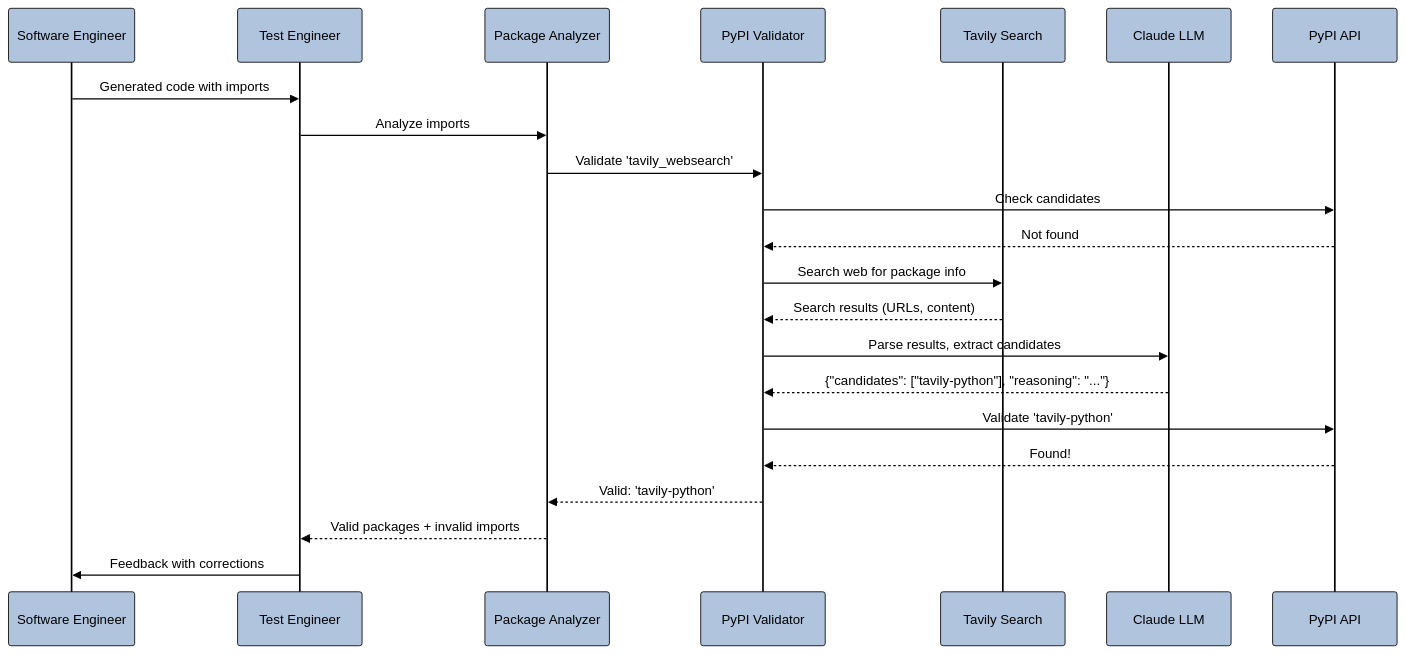
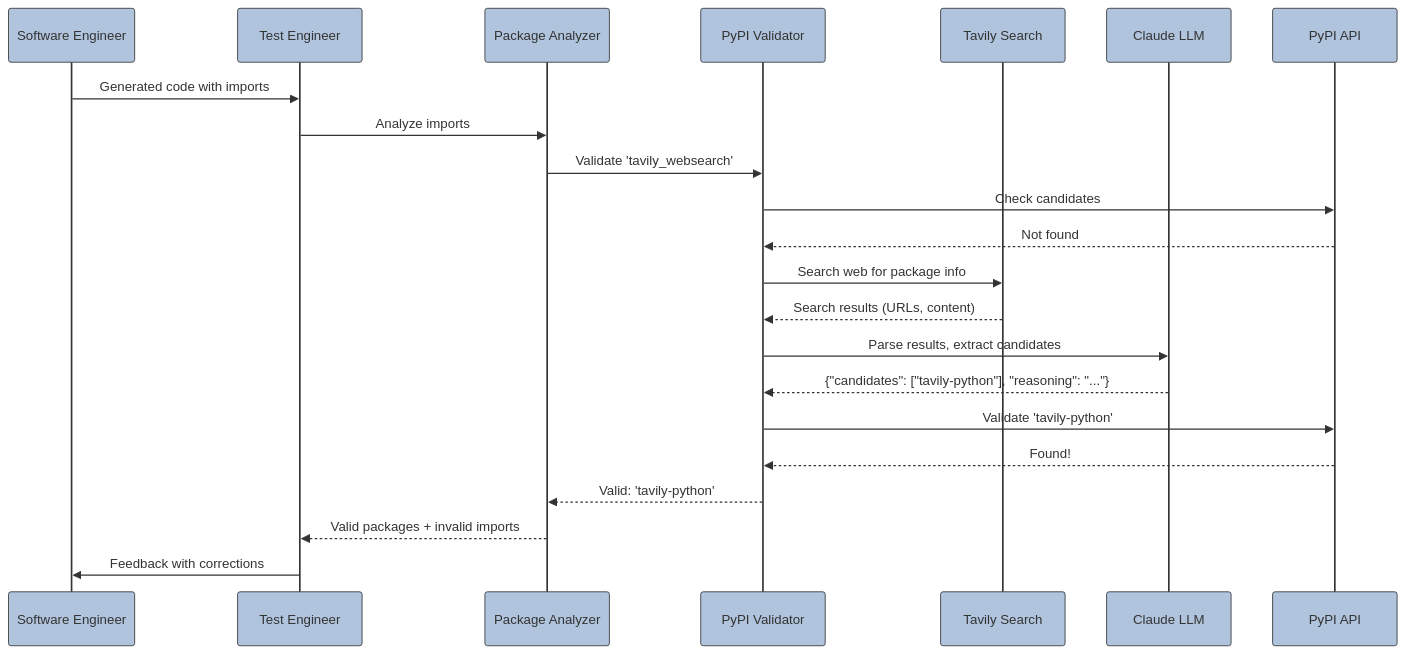
The second of 2 diagrams in PYPI_VALIDATION.md (oshea00/codeagents), drawn with Mermaid before and after one commit. The commit also changed 1 other file, not shown here.

Commit message:
activity background color fix

````diff
--- a/PYPI_VALIDATION.md
+++ b/PYPI_VALIDATION.md
@@ -186,26 +186,26 @@
 ```mermaid
-%%{init: {'theme':'base', 'themeVariables': { 'background':'#FFFFFF','mainBkg':'#FFFFFF','secondBkg':'#FFFFFF','tertiaryBkg':'#FFFFFF','actorBkg':'#B0C4DE','actorBorder':'#000','actorTextColor':'#000','actorLineColor':'#000','signalColor':'#000','signalTextColor':'#000','labelBoxBkgColor':'#B0C4DE','labelBoxBorderColor':'#000','loopTextColor':'#000','activationBorderColor':'#000','activationBkgColor':'#B0C4DE','sequenceNumberColor':'#000','altSectionBkgColor':'#FFFFFF','noteBkgColor':'#FFFFFF','noteBorderColor':'#000'}}}%%
+%%{init: {'theme':'base', 'themeVariables': { 'actorBkg':'#B0C4DE','actorBorder':'#333','actorTextColor':'#333','actorLineColor':'#333','signalColor':'#333','signalTextColor':'#333','labelBoxBkgColor':'#B0C4DE','labelBoxBorderColor':'#333','loopTextColor':'#333','activationBorderColor':'#333','activationBkgColor':'#B0C4DE','sequenceNumberColor':'#333','noteBorderColor':'#333'}}}%%
 sequenceDiagram
     participant SE as Software Engineer
     participant TE as Test Engineer
     participant PA as Package Analyzer
     participant PV as PyPI Validator
     participant TS as Tavily Search
     participant LLM as Claude LLM
     participant PyPI as PyPI API
 
     SE->>TE: Generated code with imports
     TE->>PA: Analyze imports
     PA->>PV: Validate 'tavily_websearch'
     PV->>PyPI: Check candidates
     PyPI-->>PV: Not found
     PV->>TS: Search web for package info
     TS-->>PV: Search results (URLs, content)
     PV->>LLM: Parse results, extract candidates
     LLM-->>PV: {"candidates": ["tavily-python"], "reasoning": "..."}
     PV->>PyPI: Validate 'tavily-python'
     PyPI-->>PV: Found!
     PV-->>PA: Valid: 'tavily-python'
     PA-->>TE: Valid packages + invalid imports
     TE->>SE: Feedback with corrections
 ```
````
